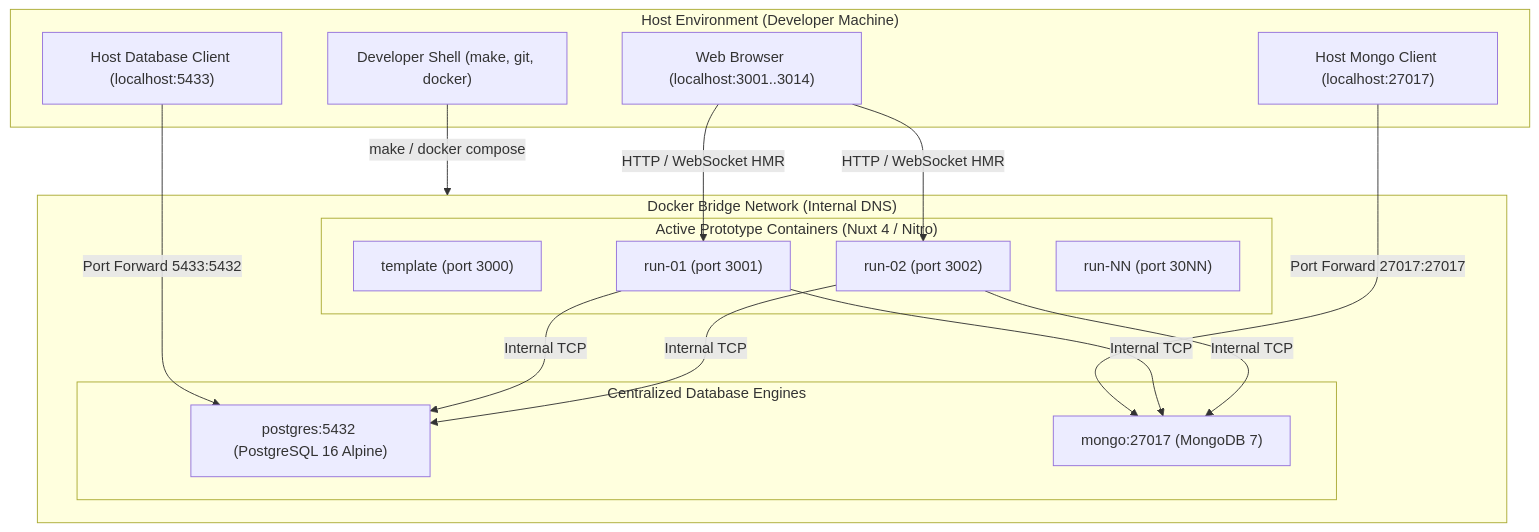
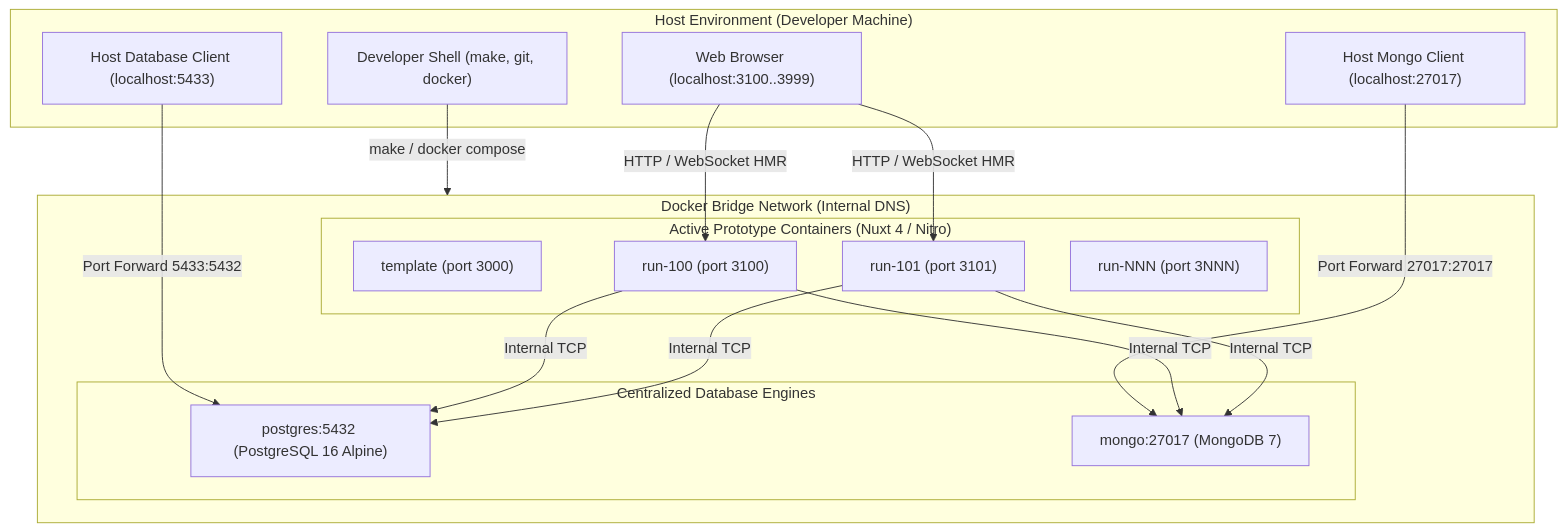
One commit to dltslt/42-tc-proto-docker changed the diagram in docs/docker/architecture.md. Above: the diagram before and after it, drawn with Mermaid. The commit also changed other lines of this file and 9 other files, not shown here.

````diff
--- a/docs/docker/architecture.md
+++ b/docs/docker/architecture.md
@@ -43,34 +43,34 @@
 ```mermaid
 flowchart TD
     subgraph Host["Host Environment (Developer Machine)"]
-        Browser["Web Browser (localhost:3001..3014)"]
+        Browser["Web Browser (localhost:3100..3999)"]
         HostCLI["Developer Shell (make, git, docker)"]
         HostPG["Host Database Client (localhost:5433)"]
         HostMongo["Host Mongo Client (localhost:27017)"]
     end
 
     subgraph DockerNet["Docker Bridge Network (Internal DNS)"]
         subgraph Databases["Centralized Database Engines"]
             PG["postgres:5432 (PostgreSQL 16 Alpine)"]
             MG["mongo:27017 (MongoDB 7)"]
         end
 
         subgraph Prototypes["Active Prototype Containers (Nuxt 4 / Nitro)"]
             TPL["template (port 3000)"]
-            R01["run-01 (port 3001)"]
-            R02["run-02 (port 3002)"]
-            RNN["run-NN (port 30NN)"]
+            R100["run-100 (port 3100)"]
+            R101["run-101 (port 3101)"]
+            RNNN["run-NNN (port 3NNN)"]
         end
     end
 
-    Browser -->|HTTP / WebSocket HMR| R01
-    Browser -->|HTTP / WebSocket HMR| R02
+    Browser -->|HTTP / WebSocket HMR| R100
+    Browser -->|HTTP / WebSocket HMR| R101
     HostCLI -->|make / docker compose| DockerNet
     HostPG -->|Port Forward 5433:5432| PG
     HostMongo -->|Port Forward 27017:27017| MG
 
-    R01 -->|Internal TCP| PG
-    R01 -->|Internal TCP| MG
-    R02 -->|Internal TCP| PG
-    R02 -->|Internal TCP| MG
+    R100 -->|Internal TCP| PG
+    R100 -->|Internal TCP| MG
+    R101 -->|Internal TCP| PG
+    R101 -->|Internal TCP| MG
 ```
````
